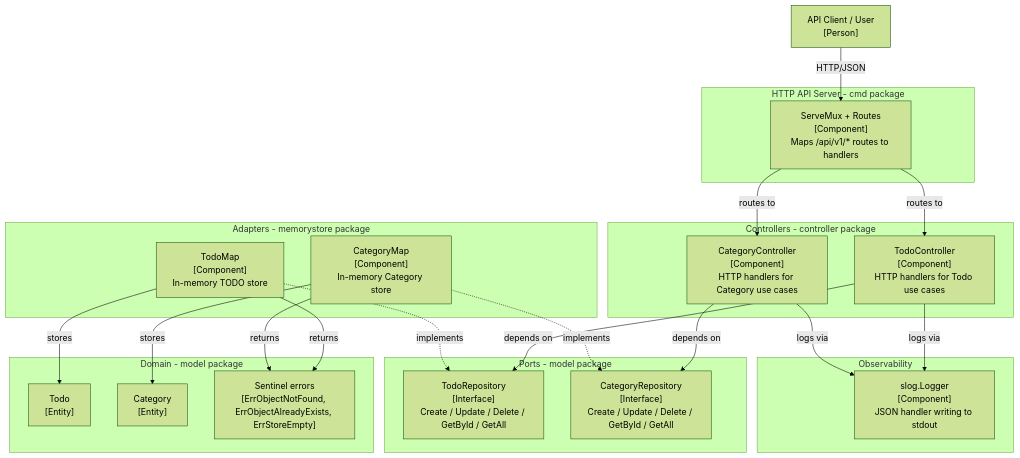
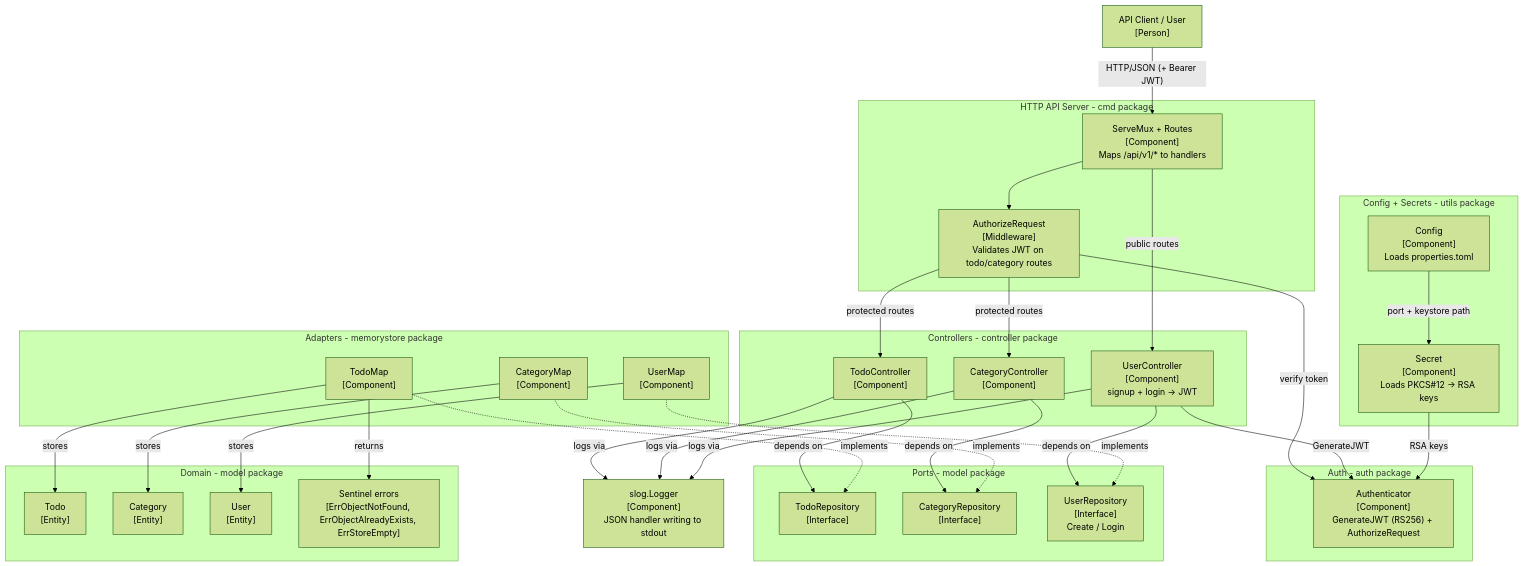
Before and after one commit to rahulkrishnanfs/todolist: the third of 3 diagrams in README.md, drawn with Mermaid (forest theme). The commit also changed other lines of this file and 19 other files, not shown here.

First line of the commit message:
feat(auth): add JWT auth with user signup/login (#21)

````diff
--- a/README.md
+++ b/README.md
@@ -145,52 +206,73 @@
 ```mermaid
 flowchart TD
     user["API Client / User<br/>[Person]"]
 
     subgraph server [HTTP API Server - cmd package]
-        mux["ServeMux + Routes<br/>[Component]<br/>Maps /api/v1/* routes to handlers"]
+        mux["ServeMux + Routes<br/>[Component]<br/>Maps /api/v1/* to handlers"]
+        mw["AuthorizeRequest<br/>[Middleware]<br/>Validates JWT on todo/category routes"]
+    end
+
+    subgraph authpkg [Auth - auth package]
+        authr["Authenticator<br/>[Component]<br/>GenerateJWT (RS256) + AuthorizeRequest"]
     end
 
     subgraph handlers [Controllers - controller package]
-        todoCtrl["TodoController<br/>[Component]<br/>HTTP handlers for Todo use cases"]
-        catCtrl["CategoryController<br/>[Component]<br/>HTTP handlers for Category use cases"]
+        todoCtrl["TodoController<br/>[Component]"]
+        catCtrl["CategoryController<br/>[Component]"]
+        userCtrl["UserController<br/>[Component]<br/>signup + login -> JWT"]
     end
 
     subgraph ports [Ports - model package]
-        todoRepo["TodoRepository<br/>[Interface]<br/>Create / Update / Delete / GetById / GetAll"]
-        catRepo["CategoryRepository<br/>[Interface]<br/>Create / Update / Delete / GetById / GetAll"]
+        todoRepo["TodoRepository<br/>[Interface]"]
+        catRepo["CategoryRepository<br/>[Interface]"]
+        userRepo["UserRepository<br/>[Interface]<br/>Create / Login"]
     end
 
     subgraph adapters [Adapters - memorystore package]
-        todoMap["TodoMap<br/>[Component]<br/>In-memory TODO store"]
-        catMap["CategoryMap<br/>[Component]<br/>In-memory Category store"]
+        todoMap["TodoMap<br/>[Component]"]
+        catMap["CategoryMap<br/>[Component]"]
+        userMap["UserMap<br/>[Component]"]
+    end
+
+    subgraph cfgpkg [Config + Secrets - utils package]
+        cfg["Config<br/>[Component]<br/>Loads properties.toml"]
+        secret["Secret<br/>[Component]<br/>Loads PKCS#12 -> RSA keys"]
     end
 
     subgraph domain [Domain - model package]
         todoModel["Todo<br/>[Entity]"]
         catModel["Category<br/>[Entity]"]
+        userModel["User<br/>[Entity]"]
         errs["Sentinel errors<br/>[ErrObjectNotFound, ErrObjectAlreadyExists, ErrStoreEmpty]"]
     end
 
-    subgraph obs [Observability]
-        logger["slog.Logger<br/>[Component]<br/>JSON handler writing to stdout"]
-    end
+    logger["slog.Logger<br/>[Component]<br/>JSON handler writing to stdout"]
 
-    user -->|"HTTP/JSON"| mux
-    mux -->|"routes to"| todoCtrl
-    mux -->|"routes to"| catCtrl
+    user -->|"HTTP/JSON (+ Bearer JWT)"| mux
+    mux --> mw
+    mw -->|"verify token"| authr
+    mw -->|"protected routes"| todoCtrl
+    mw -->|"protected routes"| catCtrl
+    mux -->|"public routes"| userCtrl
 
+    userCtrl -->|"GenerateJWT"| authr
     todoCtrl -->|"depends on"| todoRepo
     catCtrl -->|"depends on"| catRepo
+    userCtrl -->|"depends on"| userRepo
+
+    todoMap -.->|"implements"| todoRepo
+    catMap -.->|"implements"| catRepo
+    userMap -.->|"implements"| userRepo
+
+    secret -->|"RSA keys"| authr
+    cfg -->|"port + keystore path"| secret
+
+    todoMap -->|"stores"| todoModel
+    catMap -->|"stores"| catModel
+    userMap -->|"stores"| userModel
+    todoMap -->|"returns"| errs
 
     todoCtrl -->|"logs via"| logger
     catCtrl -->|"logs via"| logger
-
-    todoMap -.->|"implements"| todoRepo
-    catMap -.->|"implements"| catRepo
-
-    todoMap -->|"returns"| errs
-    catMap -->|"returns"| errs
-
-    todoMap -->|"stores"| todoModel
-    catMap -->|"stores"| catModel
+    userCtrl -->|"logs via"| logger
 ```
````
